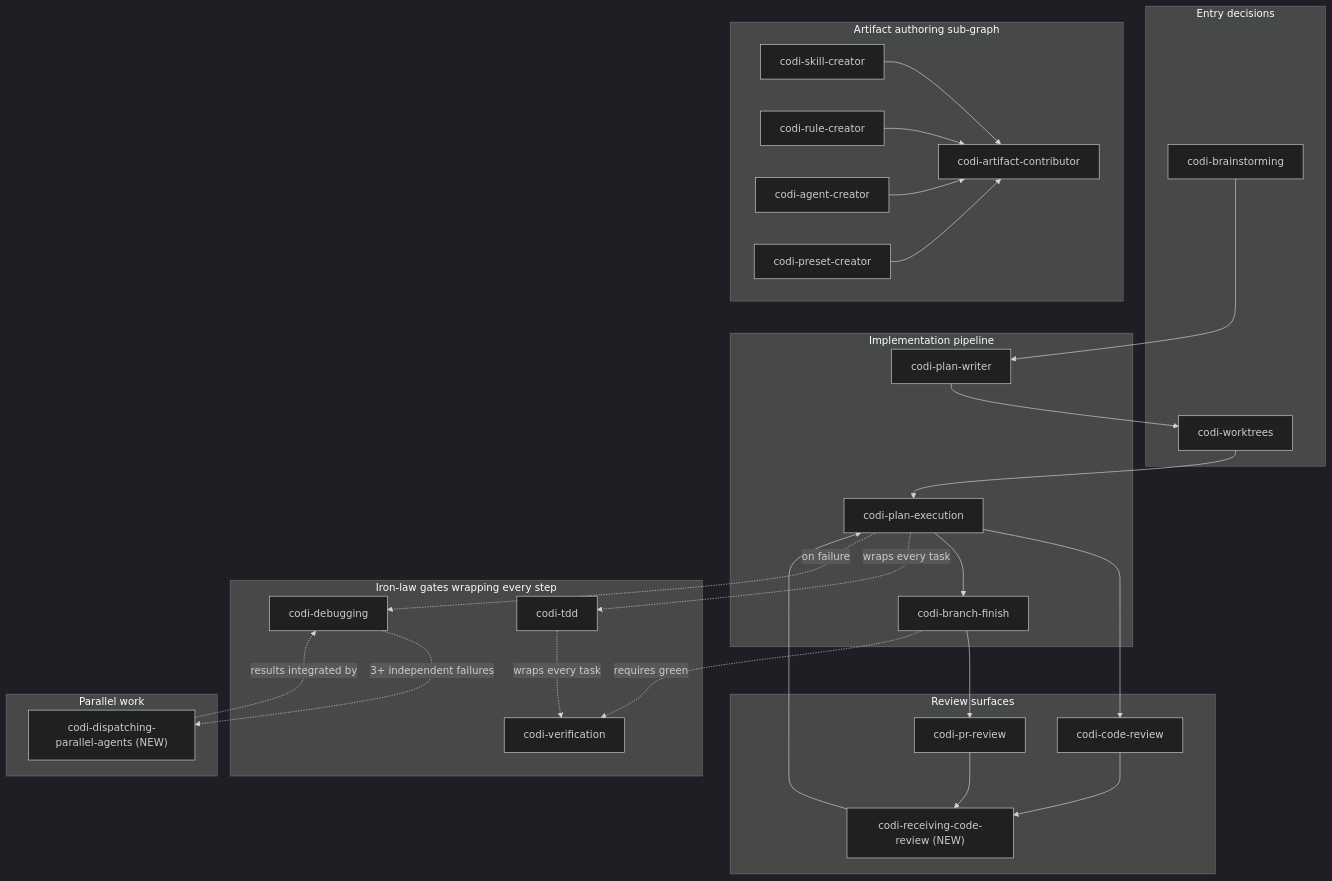
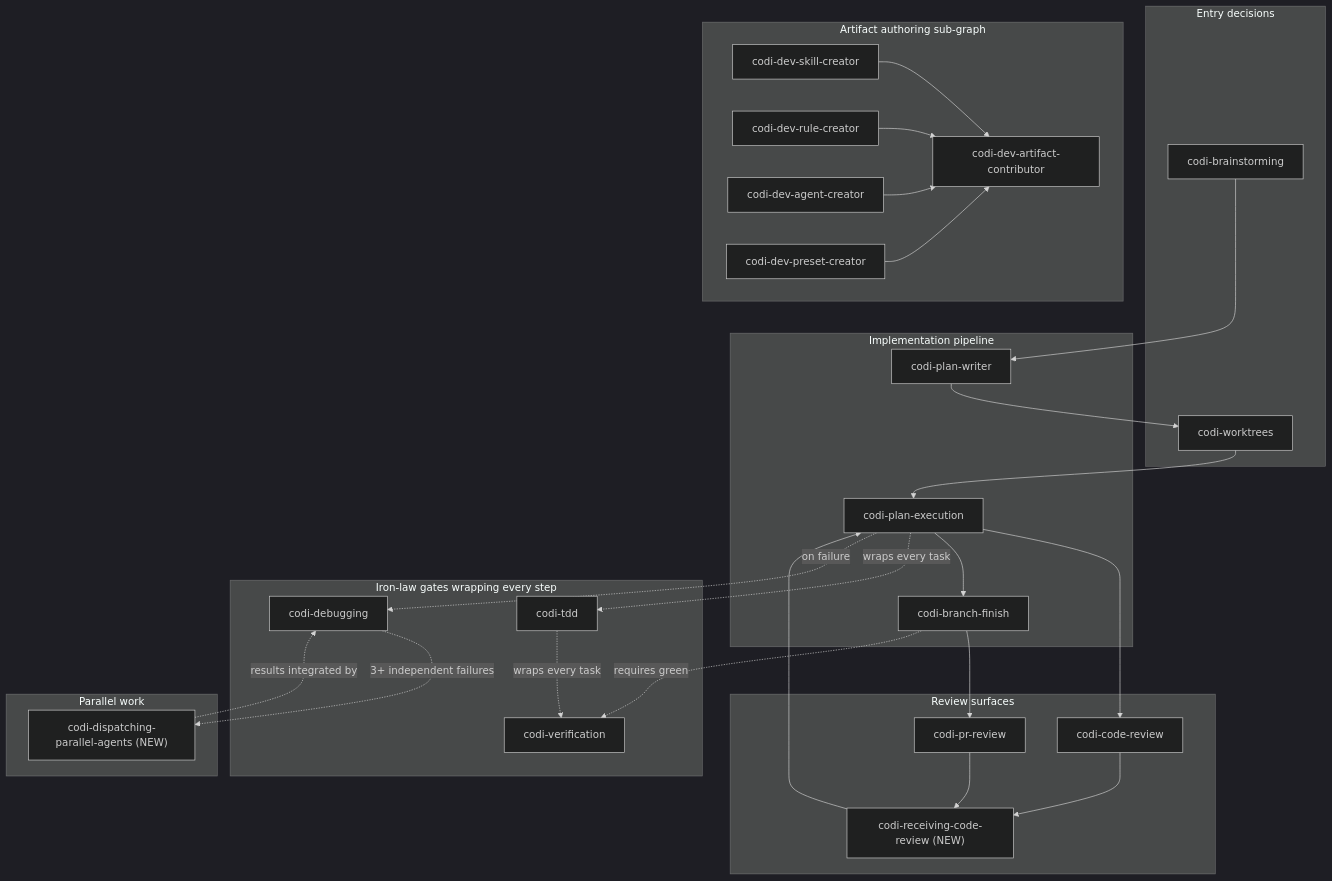
Before and after one commit to lehidalgo/codi: the diagram in docs/20260425_RESEARCH_skills-description-audit.md, drawn with Mermaid (dark theme). The commit also changed other lines of this file and 332 other files, not shown here.

````diff
--- a/docs/20260425_RESEARCH_skills-description-audit.md
+++ b/docs/20260425_RESEARCH_skills-description-audit.md
@@ -264,59 +265,59 @@
 ```mermaid
 flowchart TD
   subgraph Entry["Entry decisions"]
     BR["codi-brainstorming"]
     WT["codi-worktrees"]
   end
 
   subgraph Pipeline["Implementation pipeline"]
     PW["codi-plan-writer"]
     PE["codi-plan-execution"]
     BF["codi-branch-finish"]
   end
 
   subgraph IronGates["Iron-law gates wrapping every step"]
     TDD["codi-tdd"]
     DBG["codi-debugging"]
     VER["codi-verification"]
   end
 
   subgraph Review["Review surfaces"]
     CR["codi-code-review"]
     PRR["codi-pr-review"]
     RCR_NEW["codi-receiving-code-review (NEW)"]
   end
 
   subgraph Parallel["Parallel work"]
     DPA_NEW["codi-dispatching-parallel-agents (NEW)"]
   end
 
   subgraph Authoring["Artifact authoring sub-graph"]
-    SC["codi-skill-creator"]
-    RC["codi-rule-creator"]
-    AC["codi-agent-creator"]
-    PC["codi-preset-creator"]
-    AC2["codi-artifact-contributor"]
+    SC["codi-dev-skill-creator"]
+    RC["codi-dev-rule-creator"]
+    AC["codi-dev-agent-creator"]
+    PC["codi-dev-preset-creator"]
+    AC2["codi-dev-artifact-contributor"]
   end
 
   BR --> PW
   PW --> WT
   WT --> PE
   PE --> CR
   CR --> RCR_NEW
   RCR_NEW --> PE
   PE --> BF
   BF --> PRR
   PRR --> RCR_NEW
 
   PE -.->|wraps every task| TDD
   TDD -.->|wraps every task| VER
   PE -.->|on failure| DBG
   DBG -.->|3+ independent failures| DPA_NEW
   DPA_NEW -.->|results integrated by| DBG
   BF -.->|requires green| VER
 
   SC --> AC2
   RC --> AC2
   AC --> AC2
   PC --> AC2
 ```
````
